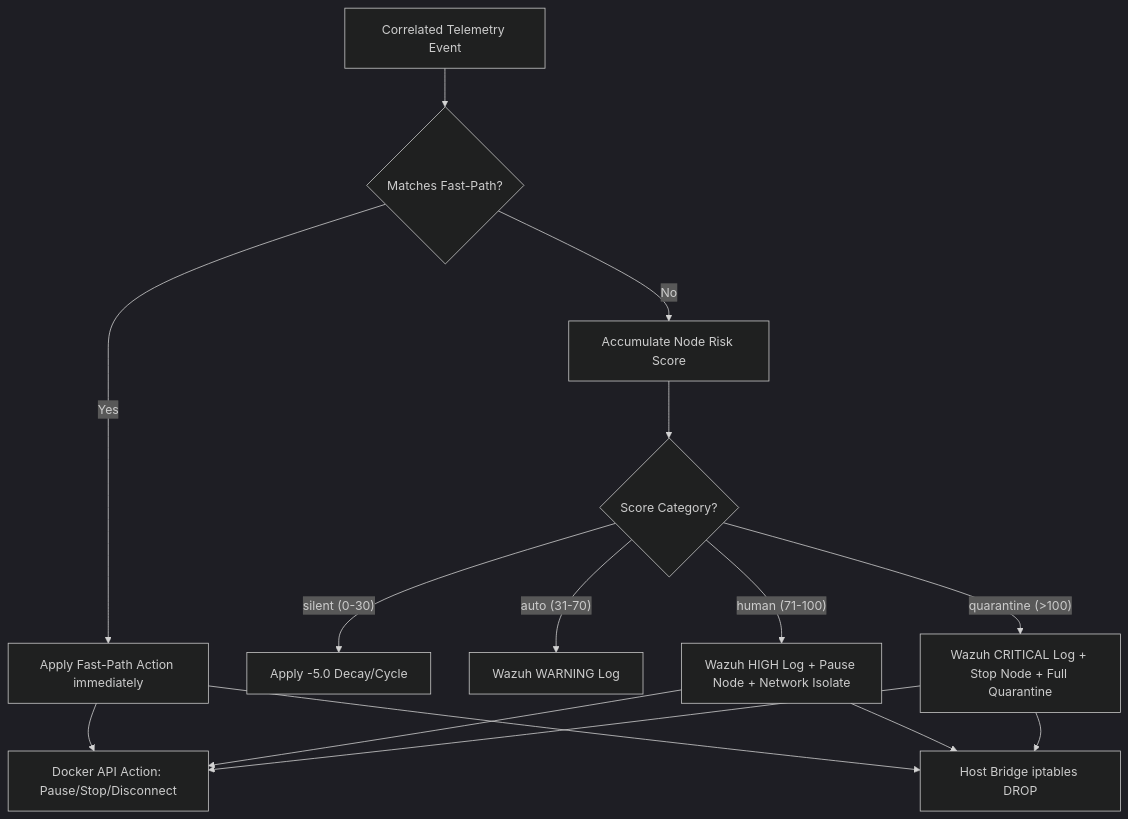
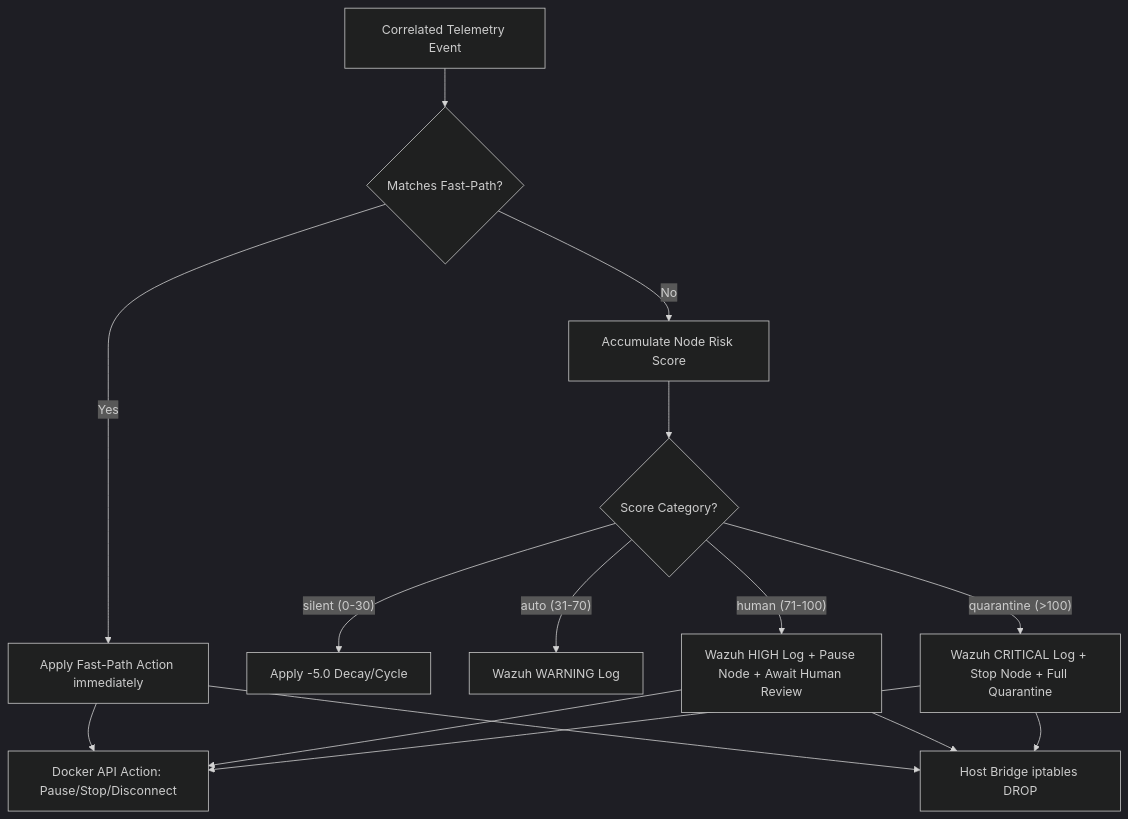
One commit to SNU-HPE-CPP/Always-On-Security changed the second of 2 diagrams in SECURITY_ARCHITECTURE.md. Above: the diagram before and after it, drawn with Mermaid (dark theme). The commit also changed other lines of this file and 1 other file, not shown here.

Commit message:
updated the the documentation for the recent restarting nodes features and human in the loop changes

````diff
--- a/SECURITY_ARCHITECTURE.md
+++ b/SECURITY_ARCHITECTURE.md
@@ -238,20 +246,20 @@
 ```mermaid
 graph TD
     Event[Correlated Telemetry Event] --> FPCheck{Matches Fast-Path?}
 
     %% Fast-Path Enforcement
     FPCheck -- Yes --> FPAction[Apply Fast-Path Action immediately]
     FPAction --> DockerSDK[Docker API Action: Pause/Stop/Disconnect]
     FPAction --> HostIptables[Host Bridge iptables DROP]
 
     %% Cumulative Scoring
     FPCheck -- No --> ScoreAccum[Accumulate Node Risk Score]
     ScoreAccum --> ThresholdCheck{Score Category?}
 
     ThresholdCheck -- "silent (0-30)" --> Decay[Apply -5.0 Decay/Cycle]
     ThresholdCheck -- "auto (31-70)" --> AlertWarn[Wazuh WARNING Log]
-    ThresholdCheck -- "human (71-100)" --> AlertHigh[Wazuh HIGH Log + Pause Node + Network Isolate]
+    ThresholdCheck -- "human (71-100)" --> AlertHigh[Wazuh HIGH Log + Pause Node + Await Human Review]
     ThresholdCheck -- "quarantine (>100)" --> AlertCrit[Wazuh CRITICAL Log + Stop Node + Full Quarantine]
 
     AlertHigh & AlertCrit --> DockerSDK & HostIptables
 ```
````
